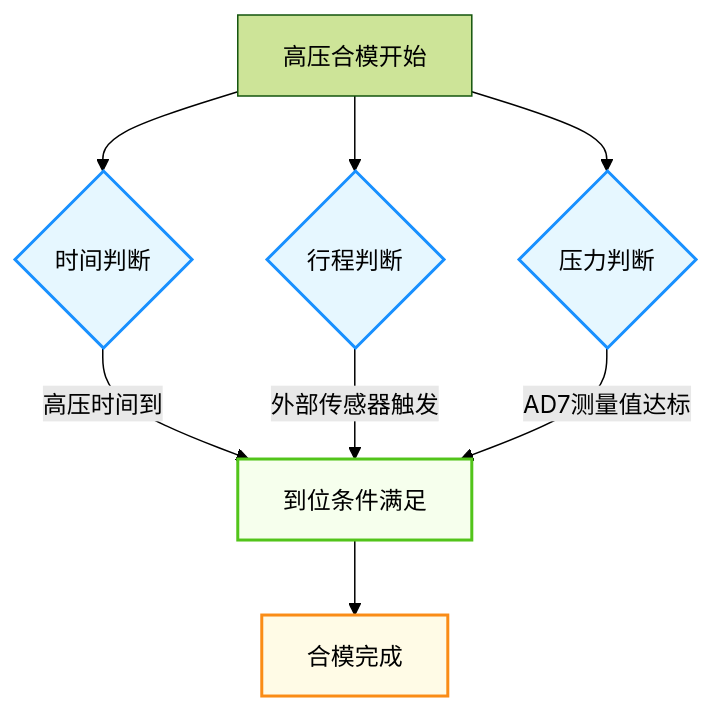
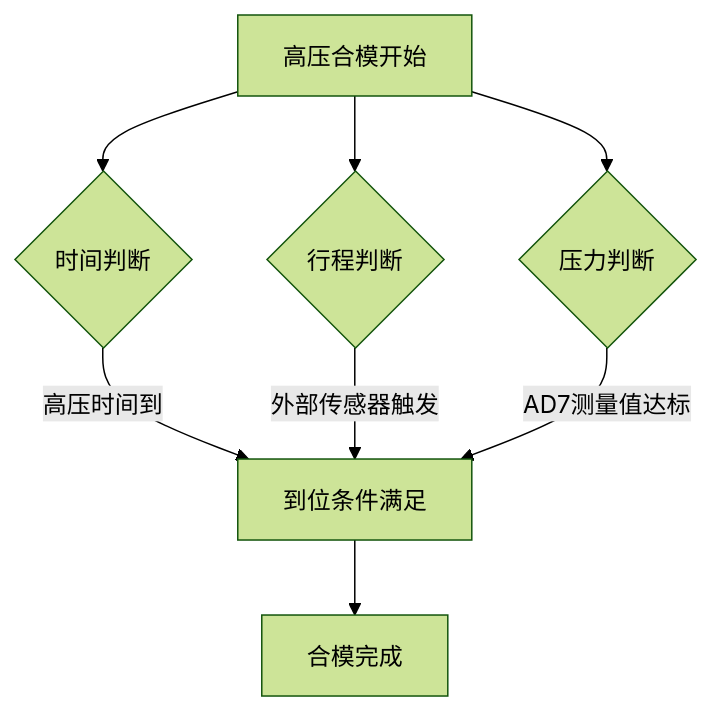
One commit to Porcheson/inj-machine-docs changed the second of 8 diagrams in docs/01_开合模功能整理.md. Above: the diagram before and after it, drawn with Mermaid (forest theme). The commit also changed other lines of this file and 1 other file, not shown here.

Commit message:
优化开合模功能文档的Mermaid图表样式，支持浅色和深色主题切换

````diff
--- a/docs/01_开合模功能整理.md
+++ b/docs/01_开合模功能整理.md
@@ -75,20 +75,14 @@
 ```mermaid
 flowchart TD
     Start[高压合模开始] --> TimeCheck{时间判断}
     Start --> PositionCheck{行程判断}
     Start --> PressureCheck{压力判断}
   
     TimeCheck -->|高压时间到| Met[到位条件满足]
     PositionCheck -->|外部传感器触发| Met
     PressureCheck -->|AD7测量值达标| Met
   
     Met --> Complete[合模完成]
   
-    classDef check fill:#e6f7ff,stroke:#1890ff,stroke-width:2px,rounded
-    classDef met fill:#f6ffed,stroke:#52c41a,stroke-width:2px,rounded
-    classDef complete fill:#fffbe6,stroke:#fa8c16,stroke-width:2px,rounded
-  
-    class TimeCheck,PositionCheck,PressureCheck check
-    class Met met
-    class Complete complete
+
 ```
````
